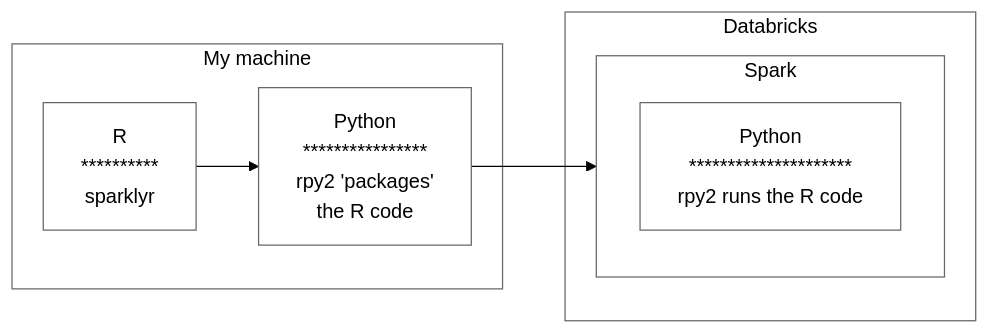
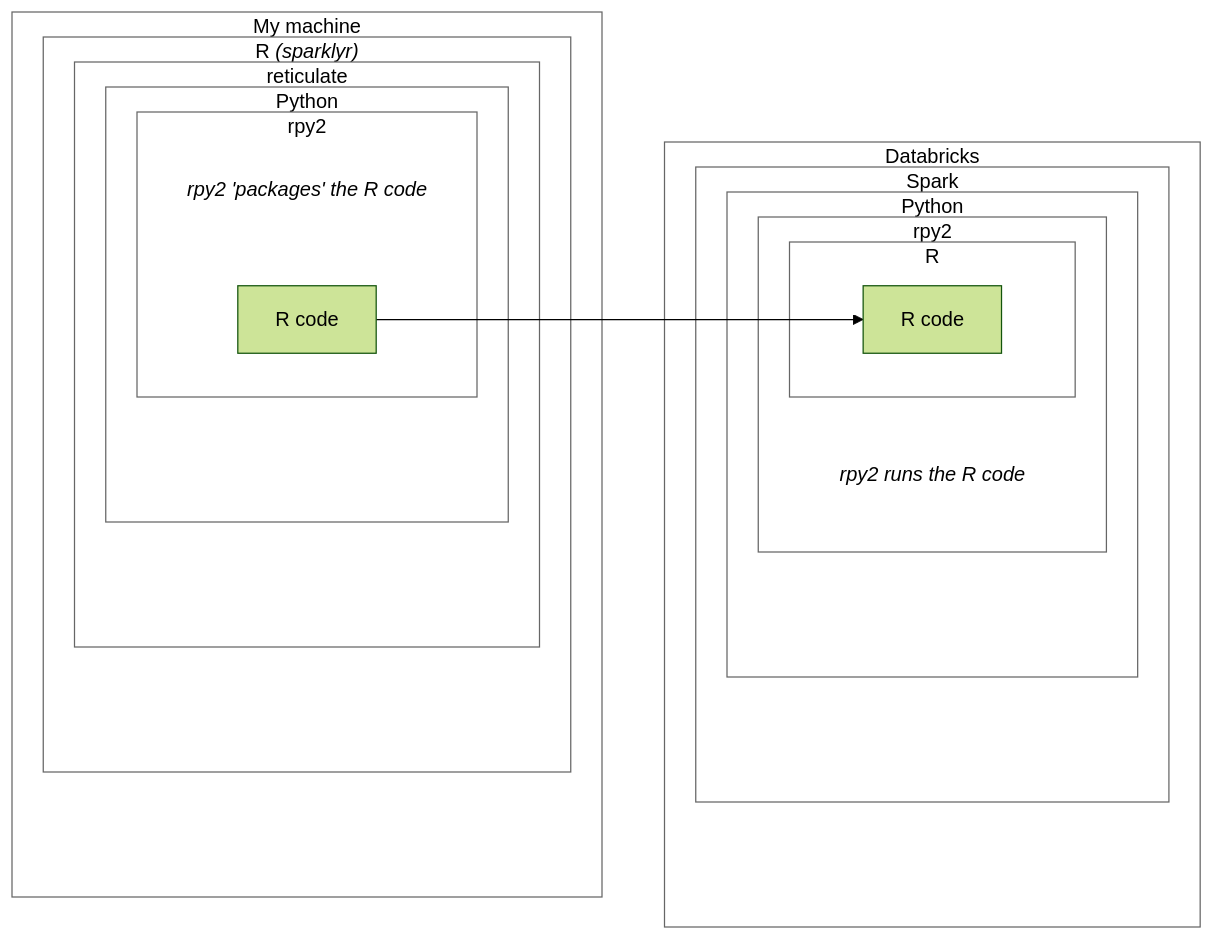
Before and after one commit to rstudio/spark.rstudio.com: the diagram in deployment/databricks-connect-udfs.qmd, drawn with Mermaid (forest theme). The commit also changed 4 other files, not shown here.

Commit message:
Updates diagram - thanks @t-kalinowski

````diff
--- a/deployment/databricks-connect-udfs.qmd
+++ b/deployment/databricks-connect-udfs.qmd
@@ -51,24 +51,61 @@
 ```{mermaid}
 %%| fig-width: 6
 %%| eval: true
 flowchart LR
-  subgraph mm[My machine]
-    sp[R <br> **********  <br>sparklyr]
-    rp[Python<br> **************** <br>rpy2 'packages'<br> the R code]
+  subgraph mm ["My machine"]
+  nb1("` `")
+    subgraph mmr["`R _(sparklyr)_`"]
+    nb2("` `")
+      subgraph mmrr["`reticulate`"]
+      nb3("` `")
+        subgraph mmp["`Python`"]
+          nb4("` `")
+          subgraph mmrp2["`rpy2`"]
+             nb5("`_rpy2 'packages' the R code_`")
+             mmrc["R code"]
+          end
+        end
+      end
+    end
   end
+  
   subgraph db[Databricks]
+    nb6("` `")
     subgraph sr[Spark]
-      pt[Python<br> ********************* <br>rpy2 runs the R code]
+      nb7("` `")
+      subgraph pt[Python]
+        nb8("` `")
+        subgraph dbrp2[rpy2]
+          nb9("`_rpy2 runs the R code_`")
+          subgraph dbr[R]
+            dbrc["R code"]
+          end
+        end
+      end
     end
   end
 
-sp --> rp
-rp --> sr
 
-style mm   fill:#fff,stroke:#666,color:#000
-style sp   fill:#fff,stroke:#666,color:#000
-style rp   fill:#fff,stroke:#666,color:#000
-style db   fill:#fff,stroke:#666,color:#000
-style sr   fill:#fff,stroke:#666,color:#000
-style pt   fill:#fff,stroke:#666,color:#000
+mmrc --> dbrc
+
+style nb1 fill:#fff,stroke-width:0
+style nb2 fill:#fff,stroke-width:0
+style nb3 fill:#fff,stroke-width:0
+style nb4 fill:#fff,stroke-width:0
+style nb5 fill:#fff,stroke-width:0
+style nb6 fill:#fff,stroke-width:0
+style nb7 fill:#fff,stroke-width:0
+style nb8 fill:#fff,stroke-width:0
+style nb9 fill:#fff,stroke-width:0
+style mm  fill:#fff,stroke:#666,color:#000
+style mmr fill:#fff,stroke:#666,color:#000
+style mmrr fill:#fff,stroke:#666,color:#000
+style mmp fill:#fff,stroke:#666,color:#000
+style mmrp2 fill:#fff,stroke:#666,color:#000
+style mmr fill:#fff,stroke:#666,color:#000
+style db fill:#fff,stroke:#666,color:#000
+style sr fill:#fff,stroke:#666,color:#000
+style pt fill:#fff,stroke:#666,color:#000
+style dbr fill:#fff,stroke:#666,color:#000
+style dbrp2 fill:#fff,stroke:#666,color:#000
 ```
````
